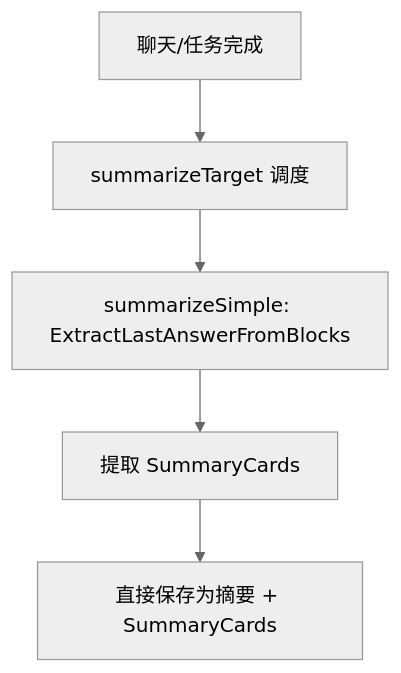
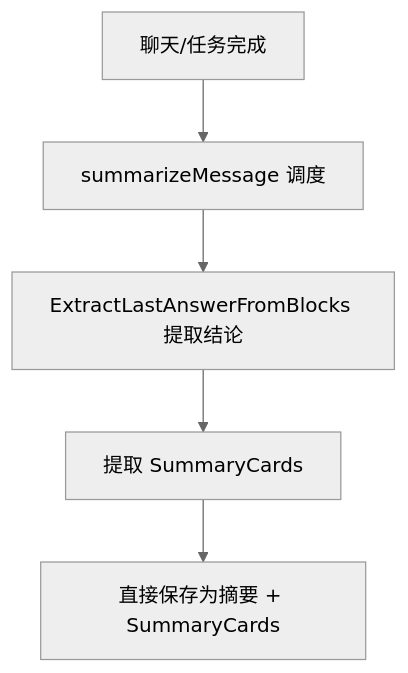
One commit to 0REZ/clawbench changed the first of 2 diagrams in docs/spec/core/summarization.md. Above: the diagram before and after it, drawn with Mermaid (neutral theme). The commit also changed other lines of this file and 290 other files, not shown here.

````diff
--- a/docs/spec/core/summarization.md
+++ b/docs/spec/core/summarization.md
@@ -9,7 +9,7 @@
 ```mermaid
 flowchart TD
-    A[聊天/任务完成] --> B[summarizeTarget 调度]
-    B --> C[summarizeSimple: ExtractLastAnswerFromBlocks]
+    A[聊天/任务完成] --> B[summarizeMessage 调度]
+    B --> C[ExtractLastAnswerFromBlocks 提取结论]
     C --> D[提取 SummaryCards]
     D --> E[直接保存为摘要 + SummaryCards]
 ```
````
